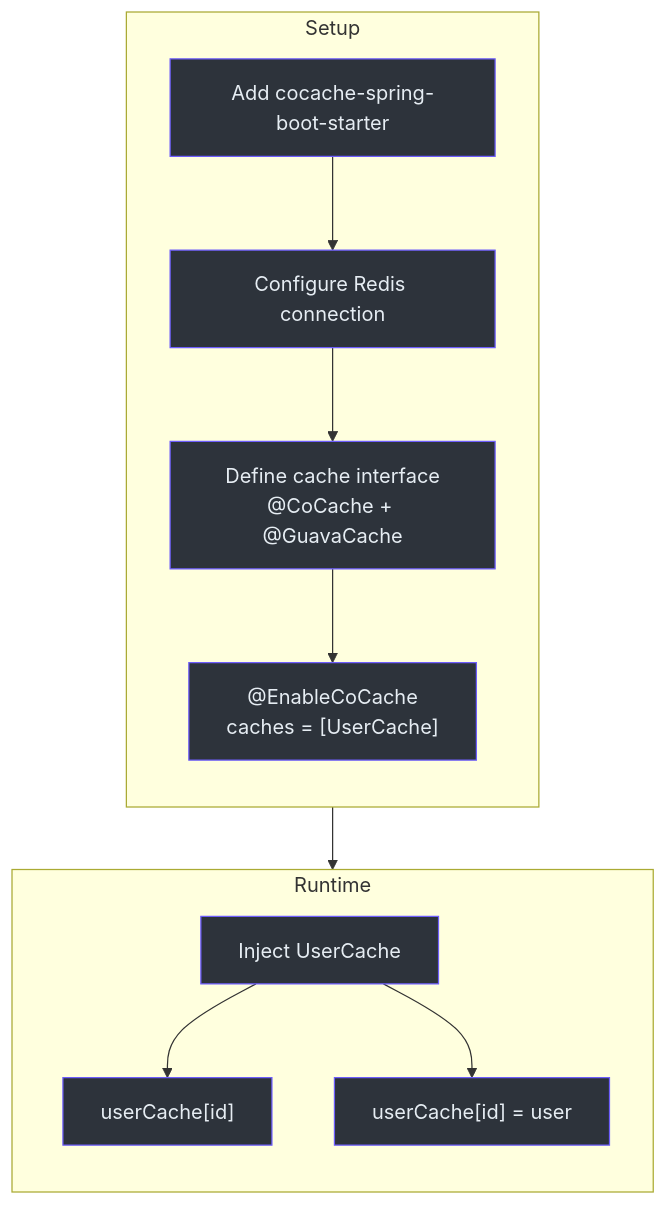
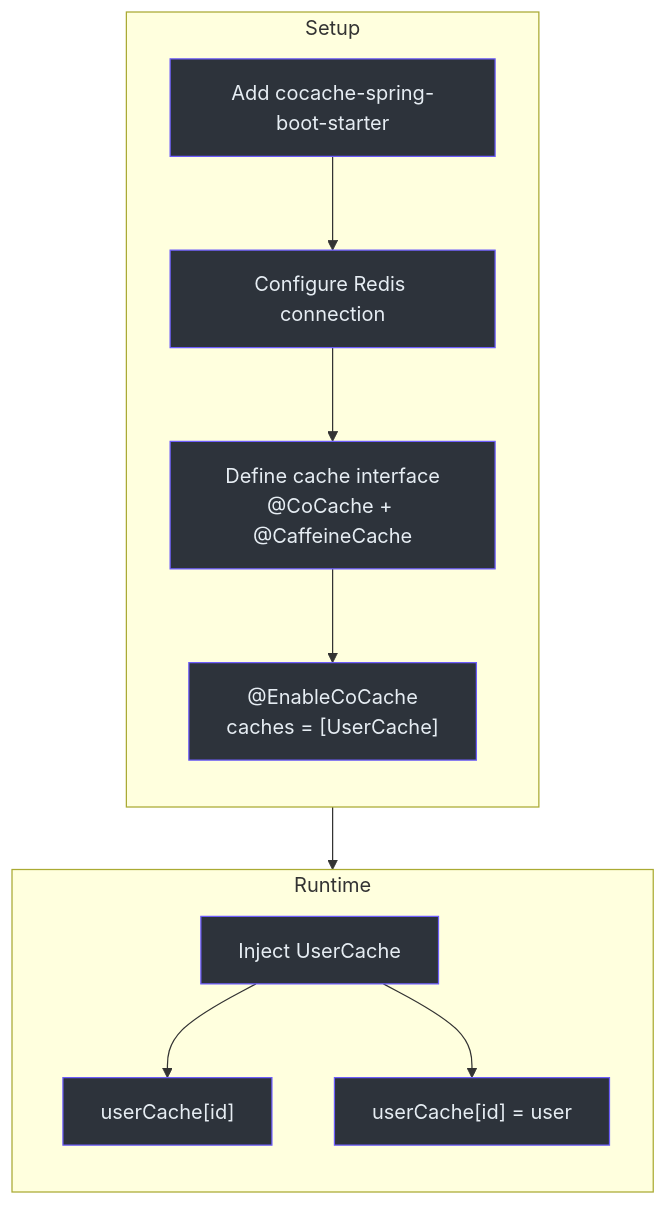
The fourth of 4 diagrams in wiki/guide/quick-start.md (Ahoo-Wang/CoCache), drawn with Mermaid before and after one commit. The commit also changed other lines of this file and 256 other files, not shown here.

````diff
--- a/wiki/guide/quick-start.md
+++ b/wiki/guide/quick-start.md
@@ -299,32 +292,32 @@
 ```mermaid
 graph TB
     subgraph sg_33 ["Setup"]
         direction TB
         Dep["Add cocache-spring-boot-starter"]
         Config["Configure Redis connection"]
-        Define["Define cache interface<br>@CoCache + @GuavaCache"]
+        Define["Define cache interface<br>@CoCache + @CaffeineCache"]
         Enable["@EnableCoCache<br>caches = [UserCache]"]
     end
 
     subgraph sg_34 ["Runtime"]
         direction TB
         Inject["Inject UserCache"]
         Get["userCache[id]"]
         Set["userCache[id] = user"]
     end
 
     Dep --> Config
     Config --> Define
     Define --> Enable
     Enable --> Inject
     Inject --> Get
     Inject --> Set
 
     style Dep fill:#2d333b,stroke:#6d5dfc,color:#e6edf3
     style Config fill:#2d333b,stroke:#6d5dfc,color:#e6edf3
     style Define fill:#2d333b,stroke:#6d5dfc,color:#e6edf3
     style Enable fill:#2d333b,stroke:#6d5dfc,color:#e6edf3
     style Inject fill:#2d333b,stroke:#6d5dfc,color:#e6edf3
     style Get fill:#2d333b,stroke:#6d5dfc,color:#e6edf3
     style Set fill:#2d333b,stroke:#6d5dfc,color:#e6edf3
 ```
````
